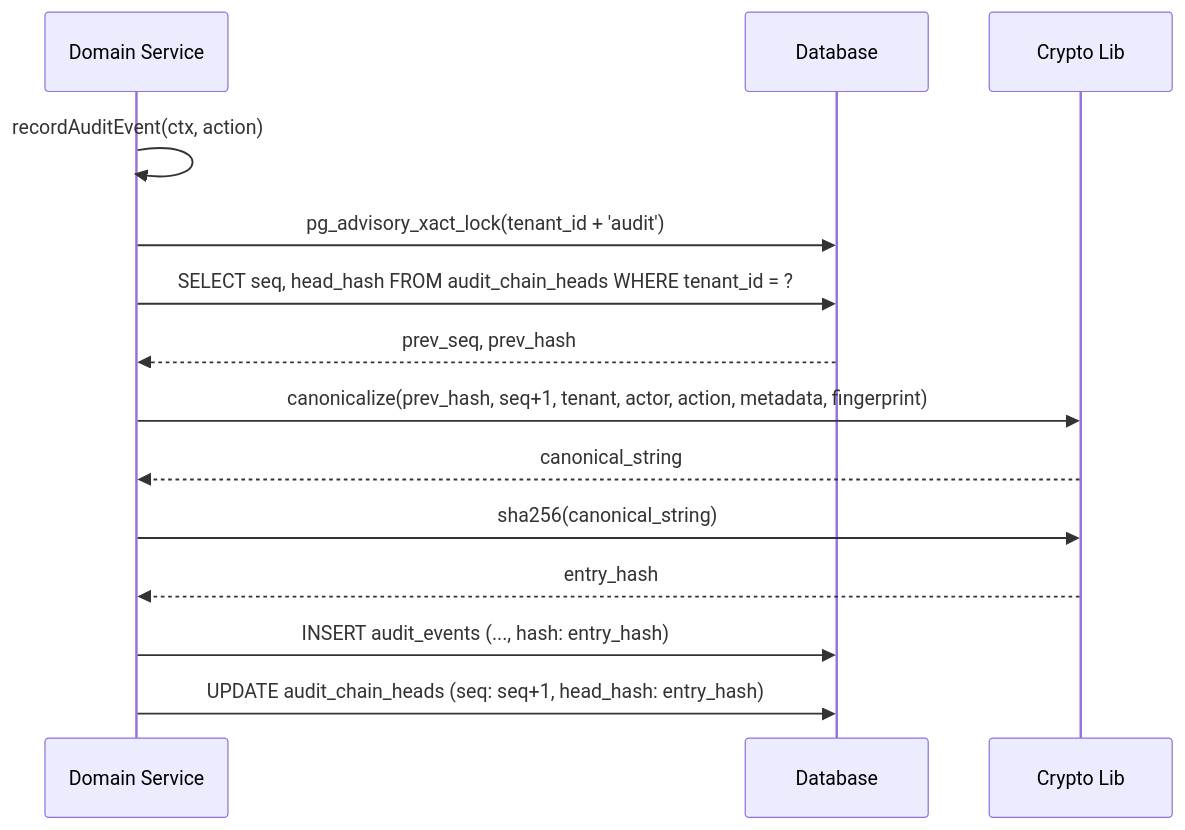
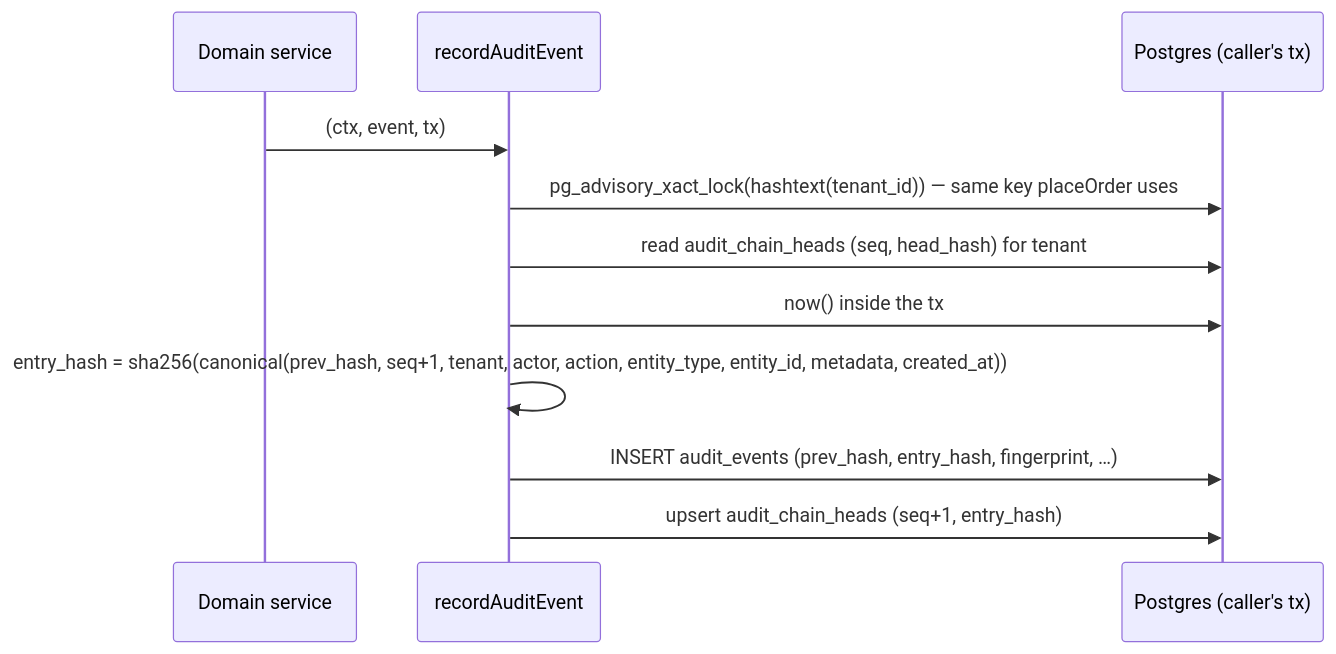
The eighth of 10 diagrams in docs/flows/sequence-diagrams.md (Ai-NativeLab/ServeOs), drawn with Mermaid before and after one commit. The commit also changed other lines of this file and 1 other file, not shown here.

First line of the commit message:
docs(flows): rewrite sequence diagrams and state machines from the code

````diff
--- a/docs/flows/sequence-diagrams.md
+++ b/docs/flows/sequence-diagrams.md
@@ -300,22 +239,14 @@
 ```mermaid
 sequenceDiagram
-    participant Svc as Domain Service
-    participant DB as Database
-    participant Hash as Crypto Lib
+    participant Svc as Domain service
+    participant Audit as recordAuditEvent
+    participant DB as Postgres (caller's tx)
 
-    Svc->>Svc: recordAuditEvent(ctx, action)
-    
-    %% Inside active transaction
-    Svc->>DB: pg_advisory_xact_lock(tenant_id + 'audit')
-    
-    Svc->>DB: SELECT seq, head_hash FROM audit_chain_heads WHERE tenant_id = ?
-    DB-->>Svc: prev_seq, prev_hash
-    
-    Svc->>Hash: canonicalize(prev_hash, seq+1, tenant, actor, action, metadata, fingerprint)
-    Hash-->>Svc: canonical_string
-    Svc->>Hash: sha256(canonical_string)
-    Hash-->>Svc: entry_hash
-    
-    Svc->>DB: INSERT audit_events (..., hash: entry_hash)
-    Svc->>DB: UPDATE audit_chain_heads (seq: seq+1, head_hash: entry_hash)
+    Svc->>Audit: (ctx, event, tx)
+    Audit->>DB: pg_advisory_xact_lock(hashtext(tenant_id)) — same key placeOrder uses
+    Audit->>DB: read audit_chain_heads (seq, head_hash) for tenant
+    Audit->>DB: now() inside the tx
+    Audit->>Audit: entry_hash = sha256(canonical(prev_hash, seq+1, tenant, actor, action, entity_type, entity_id, metadata, created_at))
+    Audit->>DB: INSERT audit_events (prev_hash, entry_hash, fingerprint, …)
+    Audit->>DB: upsert audit_chain_heads (seq+1, entry_hash)
 ```
````
